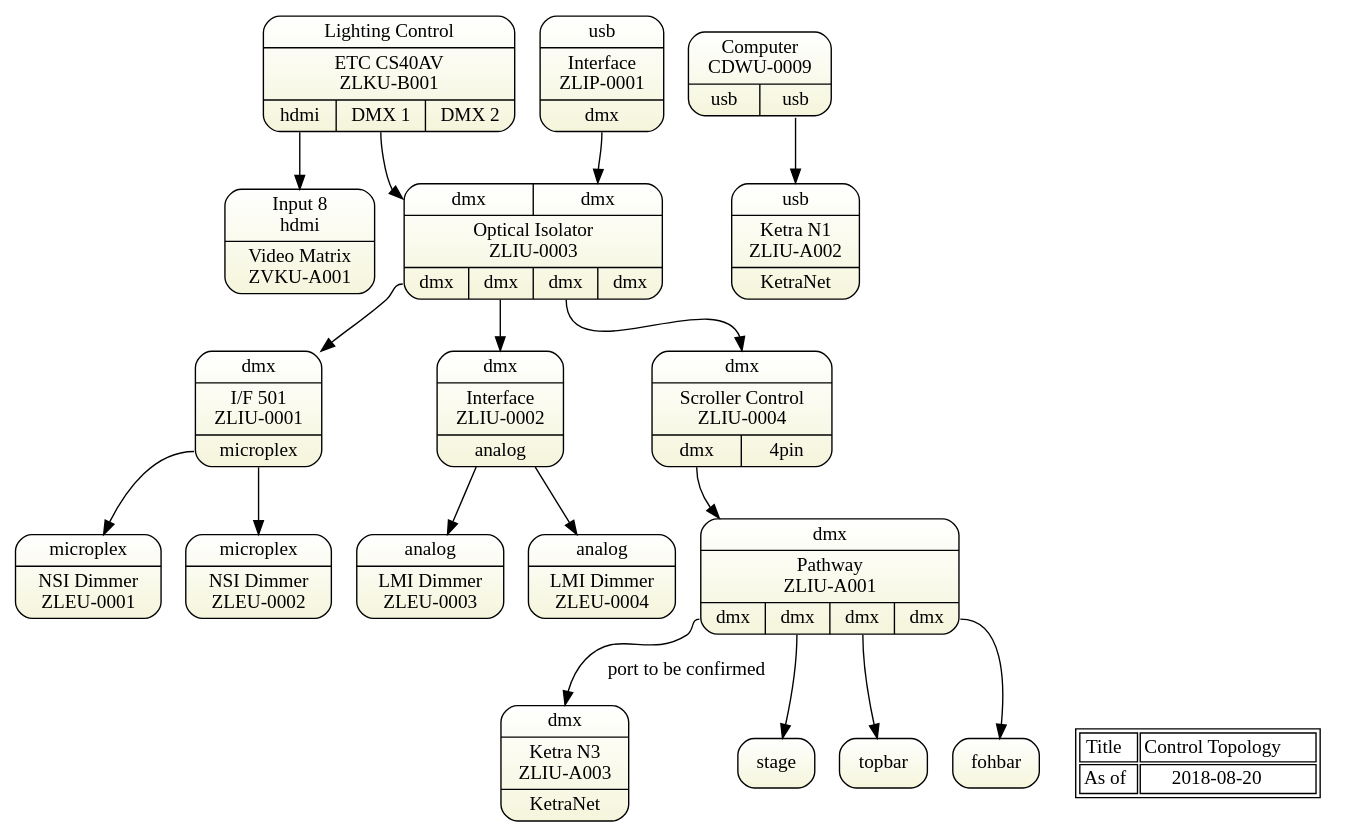
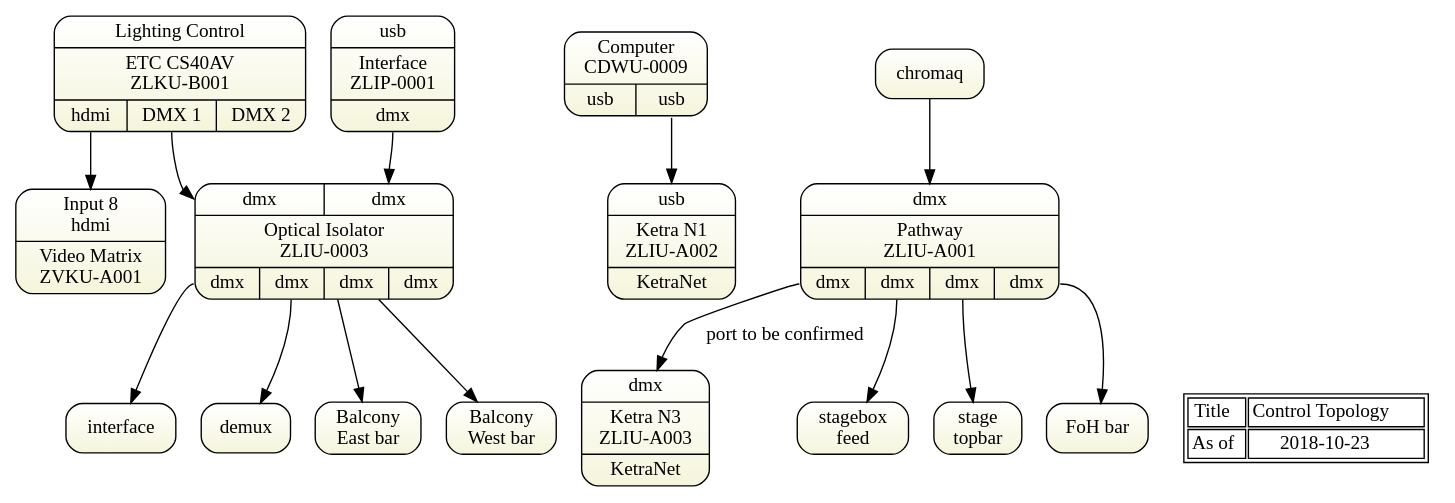
The diagram in sdl-topology1-control.gv (avmaint/uactechdoc), drawn with Graphviz before and after one commit. The commit also changed 3 other files, not shown here.

```diff
--- a/sdl-topology1-control.gv
+++ b/sdl-topology1-control.gv
@@ -1,72 +1,63 @@
 digraph topology1 { 
 graph [overlap = true, fontsize = 10, rankdir=TB 
       tooltip="Control Topology - DMX",
       fontname = Helvetica]
 
 node [shape=Mrecord, tooltip="" , 
       fillcolor="white:beige" , style=filled  
       gradientangle=270]
       
 console [label="{Lighting Control|ETC CS40AV\nZLKU-B001|{<hdmi>hdmi|<dmx1>DMX 1|<dmx2>DMX 2}}"]
 
 computer [label="{{Computer\nCDWU-0009}|{ <o1>usb|<o2>usb }}"]
 
 n1 [label="{<i>usb|Ketra N1\nZLIU-A002|KetraNet}"]
 computer:o2 -> n1:i
 
 matrix [label="{<i>Input 8\nhdmi|Video Matrix\nZVKU-A001}"]
 console:hdmi   -> matrix:i8
 
 optoisolator [label="{{<i1>dmx|<i2>dmx}|Optical Isolator\nZLIU-0003|{<o1>dmx|<o2>dmx|<o3>dmx|<o4>dmx}}"]
 
-interface [label="{<i>dmx|I/F 501\nZLIU-0001|<o>microplex}"] 
 usbdmx [label="{<i>usb|Interface\nZLIP-0001|<o>dmx}"] 
-
-demux [label="{<i>dmx|Interface\nZLIU-0002|analog}"]
 
 pathway [label="{<i>dmx|Pathway\nZLIU-A001|{<o1>dmx|<o2>dmx|<o3>dmx|<o4>dmx}}"]
 
-chromaq [label="{<i>dmx|Scroller Control\nZLIU-0004|{<o1>dmx|<o2>4pin}}"]
+n3 [label="{<i>dmx|Ketra N3\nZLIU-A003|<o>KetraNet}"]
 
-n3 [label="{<i>dmx|Ketra N3\nZLIU-A003|<o>KetraNet}"]
+stage [label="stagebox\nfeed"]
+topbar [label="stage\ntopbar"]
+fohbar [label="FoH bar"]
+balebar [label="Balcony\nEast bar"]
+balwbar [label="Balcony\nWest bar"]
+
+optoisolator -> balebar
+optoisolator -> balwbar
 
 chromaq:o1 -> pathway
 pathway:o1 -> n3 [label="port to be confirmed"]
 pathway:o2 -> stage
 pathway:o3 -> topbar
 pathway:o4 -> fohbar
- 
-nrd1 [label="{<i>microplex|NSI Dimmer\nZLEU-0001}"] 
-nrd2 [label="{<i>microplex|NSI Dimmer\nZLEU-0002}"] 
-
-analogdimmer1 [label="{<i>analog|LMI Dimmer\nZLEU-0003}"] 
-analogdimmer2 [label="{<i>analog|LMI Dimmer\nZLEU-0004}"] 
 
 console:dmx1 -> optoisolator:i1
 
-interface:o -> nrd1:dmx
-interface:o -> nrd2:dmx
-
 optoisolator:o1 -> interface:dmx     
 optoisolator:o2 -> demux:i
-optoisolator:o3 -> chromaq:i
-
+ 
 usbdmx:o -> optoisolator:i2
-
-demux -> analogdimmer1
-demux -> analogdimmer2
 
 Node [shape=plaintext, fillcolor=white]
 stamp [label= <<table>
 <tr><td>Title</td>
     <td>Control Topology</td>
 </tr>    
 <tr><td>As of</td>
-    <td>2018-08-20</td>
+    <td>2018-10-23</td>
 </tr>
    
 </table>> ]  
 
 {rank=same; stamp n3}
 {rank=same; console computer}
  } 
```
